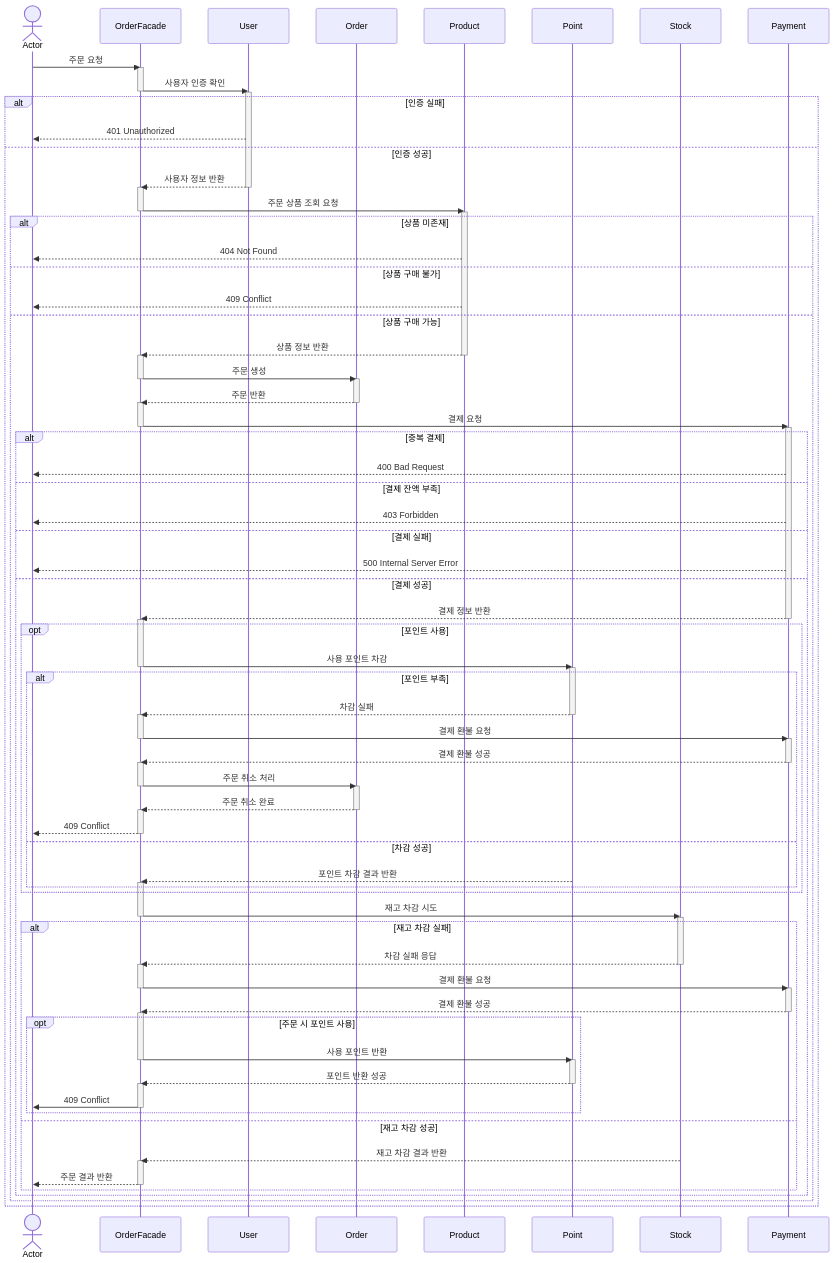
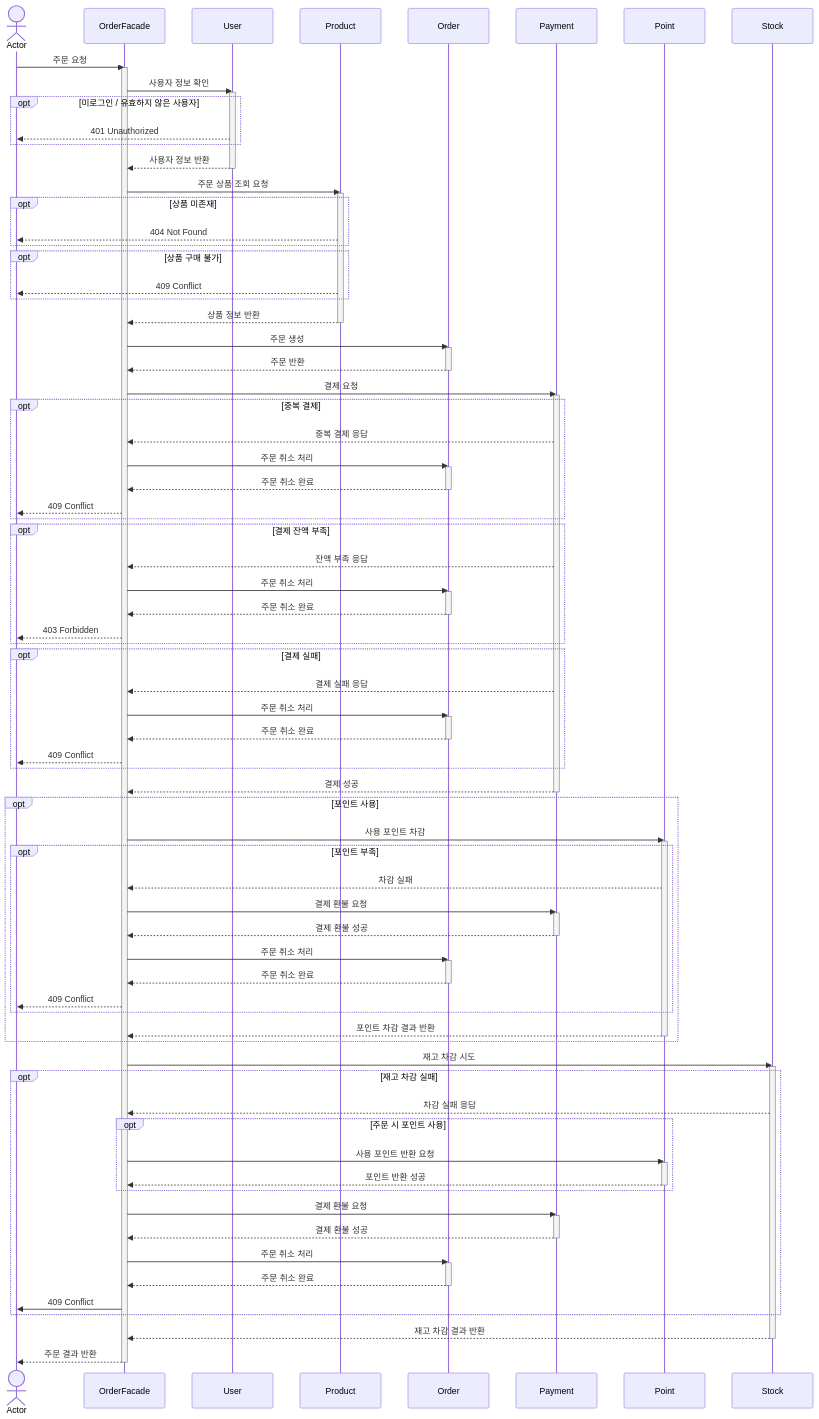
One commit to hgh1472/loopers changed the seventh of 9 diagrams in docs/design/02-sequence-diagrams.md. Above: the diagram before and after it, drawn with Mermaid. The commit also changed other lines of this file and 3 other files, not shown here.

````diff
--- a/docs/design/02-sequence-diagrams.md
+++ b/docs/design/02-sequence-diagrams.md
@@ -288,114 +205,106 @@
   Actor A as Actor
   Participant OF as OrderFacade
   Participant U as User
+  Participant Pd as Product
   Participant O as Order
-  Participant Pd as Product
+  Participant Pay as Payment
   Participant P as Point
   Participant S as Stock
-  Participant Pay as Payment
   
   A->>OF: 주문 요청
   activate OF
-  OF->>U: 사용자 인증 확인
+  OF->>U: 사용자 정보 확인
+  activate U
+  
+  opt 미로그인 / 유효하지 않은 사용자
+    U-->>A: 401 Unauthorized
+  end
+  
+  U-->>OF: 사용자 정보 반환
+  deactivate U
+  OF->>Pd: 주문 상품 조회 요청
+  activate Pd
+  opt 상품 미존재
+    Pd-->>A: 404 Not Found 
+  end
+  opt 상품 구매 불가
+    Pd-->>A: 409 Conflict
+  end
+  Pd-->>OF: 상품 정보 반환
+  deactivate Pd     
+  OF->>O: 주문 생성
+  activate O
+  O-->>OF: 주문 반환
+  deactivate O
+    
+  OF->>Pay: 결제 요청
+  activate Pay
+  opt 중복 결제
+    Pay-->>OF: 중복 결제 응답
+    OF->>O: 주문 취소 처리
+    activate O
+    O-->>OF: 주문 취소 완료
+    deactivate O
+    OF-->>A: 409 Conflict
+  end
+  opt 결제 잔액 부족
+    Pay-->>OF: 잔액 부족 응답
+    OF->>O: 주문 취소 처리
+    activate O
+    O-->>OF: 주문 취소 완료
+    deactivate O
+    OF-->>A: 403 Forbidden
+  end
+  opt 결제 실패
+    Pay-->>OF: 결제 실패 응답
+    OF->>O: 주문 취소 처리
+    activate O
+    O-->>OF: 주문 취소 완료
+    deactivate O
+    OF-->>A: 409 Conflict
+  end
+  Pay-->>OF: 결제 성공
+  deactivate Pay
+  opt 포인트 사용
+    OF->>P: 사용 포인트 차감
+    activate P
+    opt 포인트 부족
+      P-->>OF: 차감 실패
+      OF->>Pay: 결제 환불 요청
+   activate Pay
+   Pay-->>OF: 결제 환불 성공
+   deactivate Pay
+   OF->>O: 주문 취소 처리
+   activate O
+   O-->>OF: 주문 취소 완료
+   deactivate O
+   OF-->>A: 409 Conflict
+  end
+  P-->>OF: 포인트 차감 결과 반환
+  deactivate P
+  end
+  OF->>S: 재고 차감 시도
+  activate S
+  opt 재고 차감 실패
+    S-->>OF: 차감 실패 응답
+    opt 주문 시 포인트 사용
+    OF->>P: 사용 포인트 반환 요청
+    activate P
+    P-->>OF: 포인트 반환 성공
+    deactivate P
+    end
+    OF->>Pay: 결제 환불 요청
+    activate Pay
+    Pay-->>OF: 결제 환불 성공
+    deactivate Pay
+    OF->>O: 주문 취소 처리
+    activate O
+    O-->>OF: 주문 취소 완료
+    deactivate O
+    OF->>A: 409 Conflict
+  end
+  S-->>OF: 재고 차감 결과 반환
+  deactivate S
+  OF-->>A: 주문 결과 반환
   deactivate OF
-  activate U
-  alt 인증 실패
-    U-->>A: 401 Unauthorized
-  else 인증 성공
-    U-->>OF: 사용자 정보 반환
-    deactivate U
-    activate OF
-    OF->>Pd: 주문 상품 조회 요청
-    deactivate OF
-    activate Pd
-    alt 상품 미존재
-      Pd-->>A: 404 Not Found
-    else 상품 구매 불가
-      Pd-->>A: 409 Conflict
-    else 상품 구매 가능
-      Pd-->>OF: 상품 정보 반환
-      deactivate Pd     
-      activate OF
-      OF->>O: 주문 생성
-      deactivate OF
-      activate O
-      O-->>OF: 주문 반환
-      deactivate O
-      activate OF
-      
-      OF->>Pay: 결제 요청
-      deactivate OF
-      activate Pay
-      alt 중복 결제
-        Pay-->>A: 400 Bad Request
-      else 결제 잔액 부족
-        Pay-->>A: 403 Forbidden
-      else 결제 실패
-        Pay-->>A: 500 Internal Server Error
-      else 결제 성공
-        Pay-->>OF: 결제 정보 반환
-        deactivate Pay
-        activate OF
-        opt 포인트 사용
-          OF->>P: 사용 포인트 차감
-          deactivate OF
-          activate P
-          alt 포인트 부족
-            P-->>OF: 차감 실패
-            deactivate P
-            activate OF
-	          OF->>Pay: 결제 환불 요청
-	          deactivate OF
-	          activate Pay
-	          Pay-->>OF: 결제 환불 성공
-	          deactivate Pay
-	          activate OF
-	          OF->>O: 주문 취소 처리
-	          deactivate OF
-	          activate O
-	          O-->>OF: 주문 취소 완료
-	          deactivate O
-	          activate OF
-	          OF-->>A: 409 Conflict
-	          deactivate OF
-          else 차감 성공
-	          P-->>OF: 포인트 차감 결과 반환
-	          activate OF
-          end
-        end
-        OF->>S: 재고 차감 시도
-        deactivate OF
-        activate S
-        alt 재고 차감 실패
-          S-->>OF: 차감 실패 응답
-          deactivate S
-          activate OF
-          OF->>Pay: 결제 환불 요청
-          deactivate OF
-          activate Pay
-          Pay-->>OF: 결제 환불 성공
-          deactivate Pay
-          activate OF
-          opt 주문 시 포인트 사용
-            OF->>P: 사용 포인트 반환
-            deactivate OF
-            activate P
-            P-->>OF: 포인트 반환 성공
-            deactivate P
-            activate OF
-            OF->>A: 409 Conflict
-            deactivate OF
-          end
-        else 재고 차감 성공
-          S-->>OF: 재고 차감 결과 반환
-          activate OF
-          OF-->>A: 주문 결과 반환
-          deactivate OF
-        end
-      end
-    end 
-  end
-    
-  
-  
 ```
````
